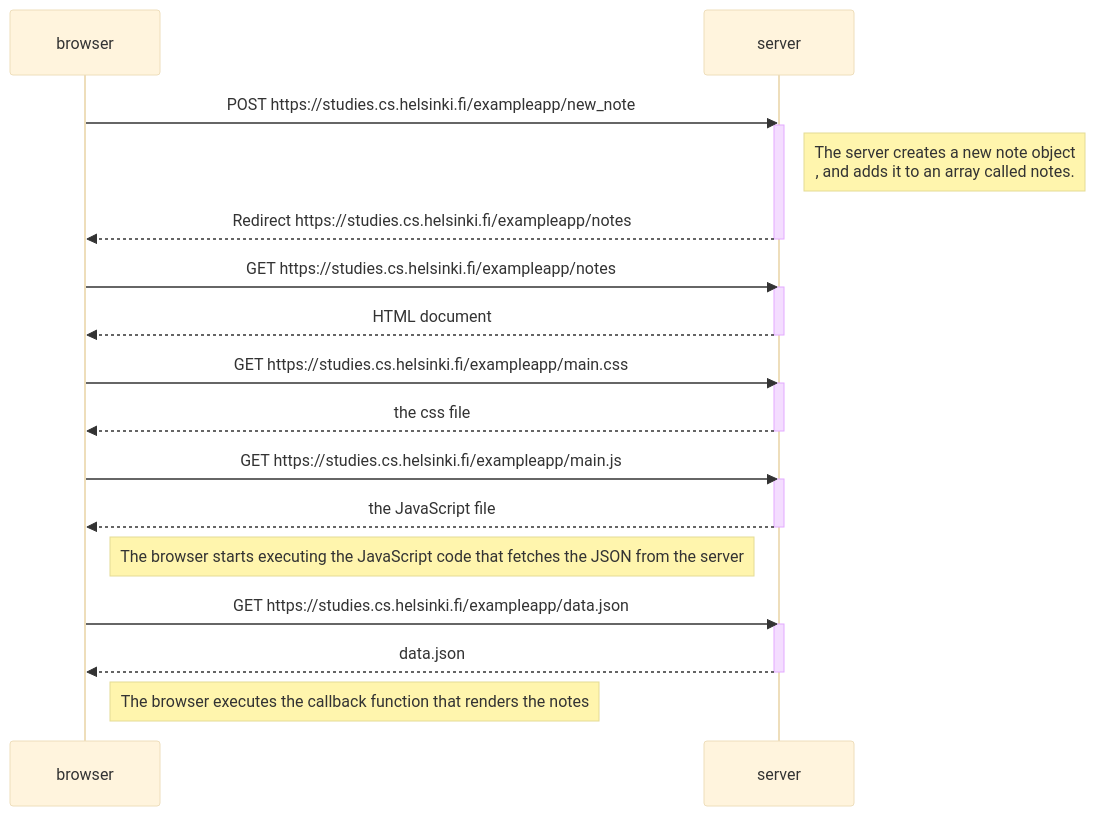
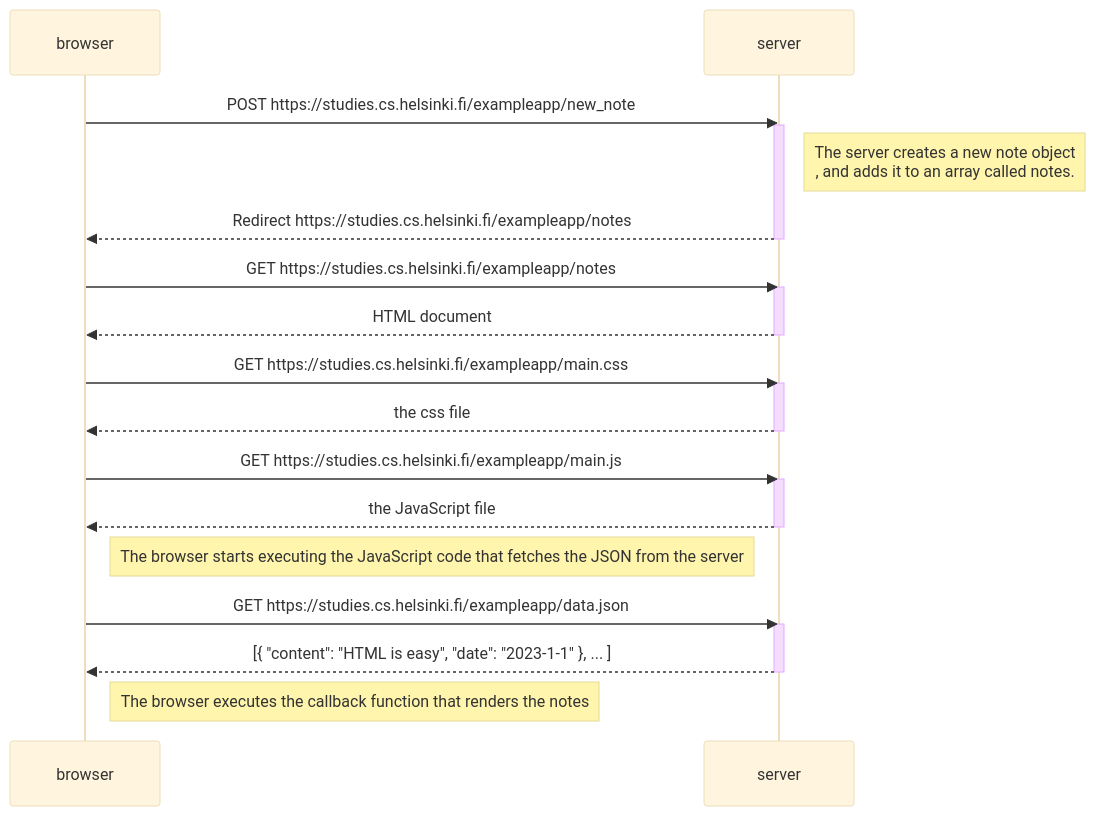
Before and after one commit to tasjen/fso-0: the diagram in 0-4.md, drawn with Mermaid (base theme).

````diff
--- a/0-4.md
+++ b/0-4.md
@@ -1,35 +1,35 @@
 ```mermaid
 sequenceDiagram
     participant browser
     participant server
 
     browser->>server: POST https://studies.cs.helsinki.fi/exampleapp/new_note
     activate server
     Note right of server: The server creates a new note object<br/>, and adds it to an array called notes.
     server-->>browser: Redirect https://studies.cs.helsinki.fi/exampleapp/notes
     deactivate server
 
     browser->>server: GET https://studies.cs.helsinki.fi/exampleapp/notes
     activate server
     server-->>browser: HTML document
     deactivate server
 
     browser->>server: GET https://studies.cs.helsinki.fi/exampleapp/main.css
     activate server
     server-->>browser: the css file
     deactivate server
 
     browser->>server: GET https://studies.cs.helsinki.fi/exampleapp/main.js
     activate server
     server-->>browser: the JavaScript file
     deactivate server
 
     Note right of browser: The browser starts executing the JavaScript code that fetches the JSON from the server
 
     browser->>server: GET https://studies.cs.helsinki.fi/exampleapp/data.json
     activate server
-    server-->>browser: data.json
+    server-->>browser: [{ "content": "HTML is easy", "date": "2023-1-1" }, ... ]
     deactivate server
 
     Note right of browser: The browser executes the callback function that renders the notes
 ```
````
